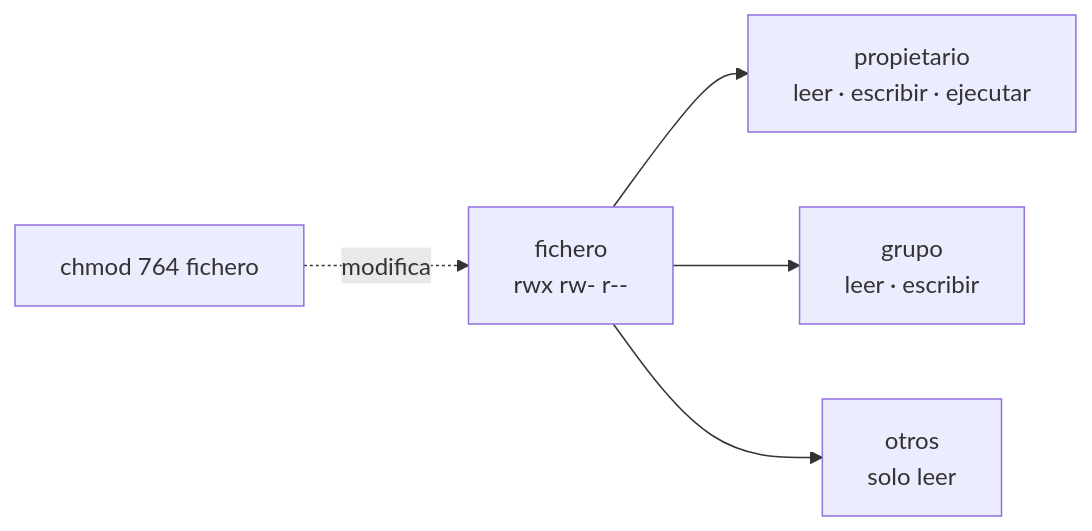
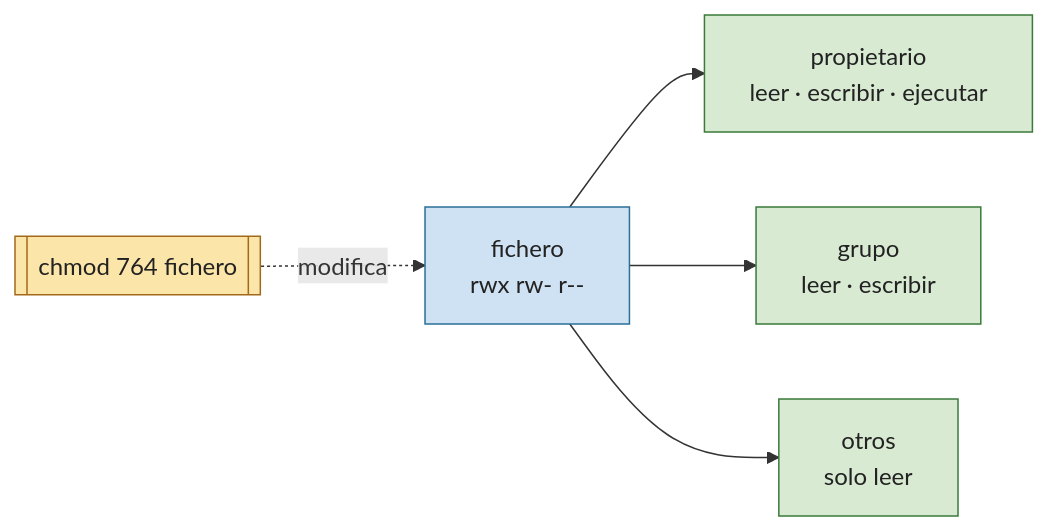
One commit to asiermarzo/ssoo changed the second of 2 diagrams in TEORIA/12-sistemas-de-ficheros/README.md. Above: the diagram before and after it, drawn with Mermaid. The commit also changed other lines of this file and 25 other files, not shown here.

Commit message:
refinado de diagramas mermaid y svg

````diff
--- a/TEORIA/12-sistemas-de-ficheros/README.md
+++ b/TEORIA/12-sistemas-de-ficheros/README.md
@@ -453,7 +547,15 @@
 ```mermaid
 flowchart LR
     F["fichero<br/>rwx rw- r--"] --> U["propietario<br/>leer · escribir · ejecutar"]
     F --> G["grupo<br/>leer · escribir"]
     F --> O["otros<br/>solo leer"]
-    CH["chmod 764 fichero"] -. modifica .-> F
+    CH[["chmod 764 fichero"]] -. modifica .-> F
+
+    classDef fichero fill:#cfe2f3,stroke:#2b6f99,color:#222;
+    classDef permiso fill:#d9ead3,stroke:#3a7a3a,color:#222;
+    classDef comando fill:#fce5a8,stroke:#a06a1a,color:#222;
+
+    class F fichero;
+    class U,G,O permiso;
+    class CH comando;
 ```
````
